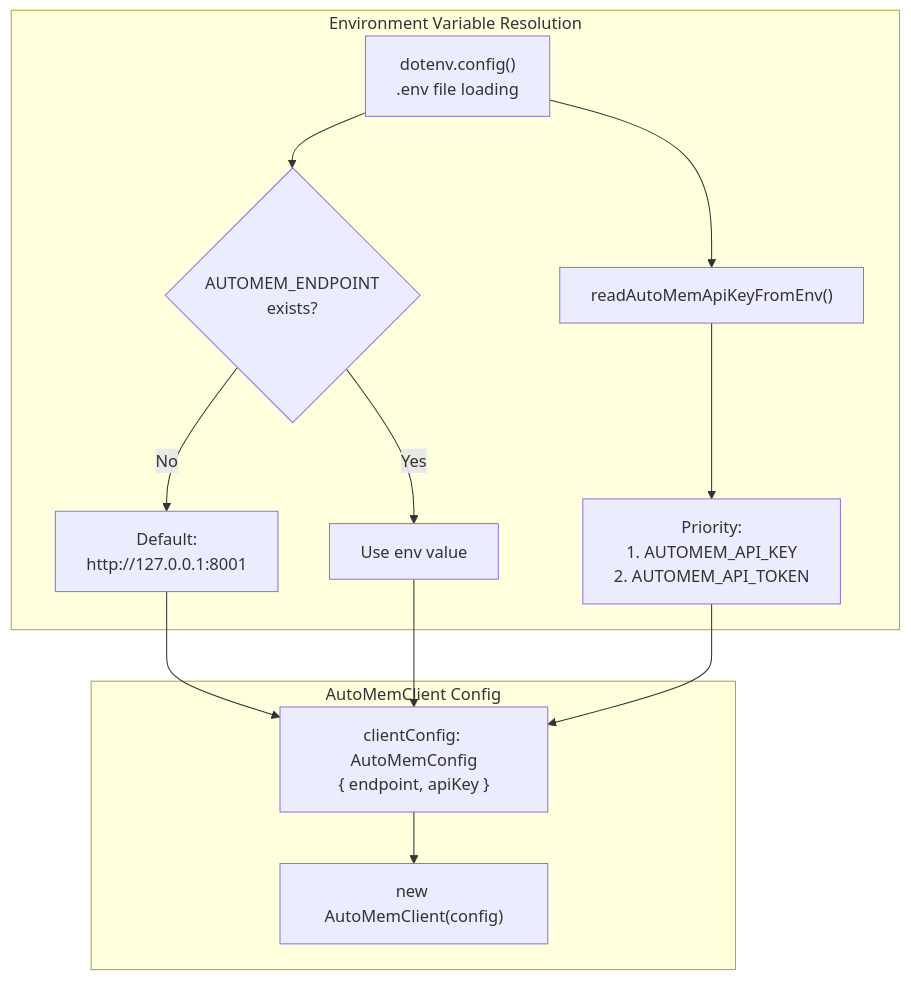
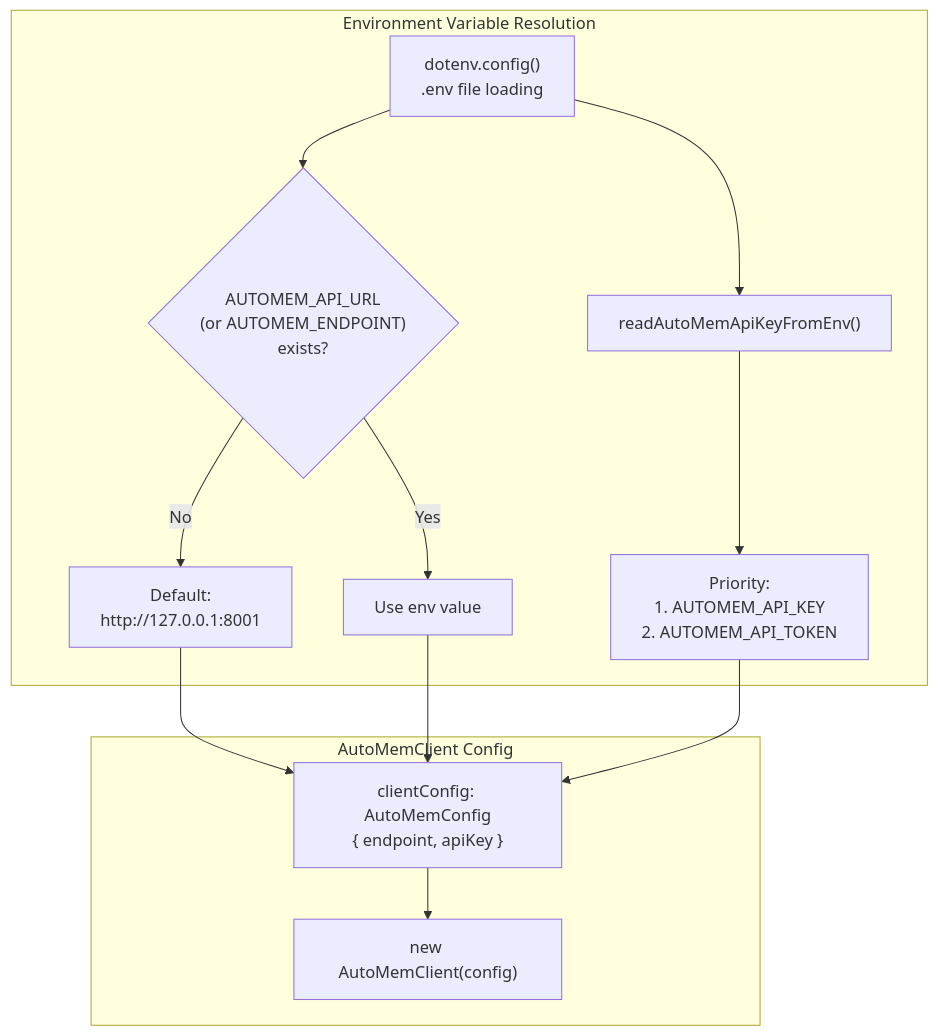
One commit to verygoodplugins/automem-website changed the third of 5 diagrams in src/content/docs/docs/reference/configuration.md. Above: the diagram before and after it, drawn with Mermaid. The commit also changed other lines of this file, not shown here.

````diff
--- a/src/content/docs/docs/reference/configuration.md
+++ b/src/content/docs/docs/reference/configuration.md
@@ -346,30 +347,31 @@
 ```mermaid
 graph TB
     subgraph Env_Resolution["Environment Variable Resolution"]
         DOTENV["dotenv.config()<br/>.env file loading"]
 
-        ENDPOINT_CHECK{"AUTOMEM_ENDPOINT<br/>exists?"}
+        ENDPOINT_CHECK{"AUTOMEM_API_URL<br/>(or AUTOMEM_ENDPOINT)<br/>exists?"}
         ENDPOINT_DEFAULT["Default:<br/>http://127.0.0.1:8001"]
         ENDPOINT_VALUE["Use env value"]
 
         API_KEY_FUNC["readAutoMemApiKeyFromEnv()"]
         KEY_PRIORITY["Priority:<br/>1. AUTOMEM_API_KEY<br/>2. AUTOMEM_API_TOKEN"]
     end
 
     subgraph Client_Config["AutoMemClient Config"]
         CONFIG_OBJ["clientConfig: AutoMemConfig<br/>{ endpoint, apiKey }"]
         CLIENT_INSTANCE["new AutoMemClient(config)"]
     end
 
     DOTENV --> ENDPOINT_CHECK
     ENDPOINT_CHECK -->|"No"| ENDPOINT_DEFAULT
     ENDPOINT_CHECK -->|"Yes"| ENDPOINT_VALUE
     ENDPOINT_DEFAULT --> CONFIG_OBJ
     ENDPOINT_VALUE --> CONFIG_OBJ
 
     DOTENV --> API_KEY_FUNC
     API_KEY_FUNC --> KEY_PRIORITY
     KEY_PRIORITY --> CONFIG_OBJ
 
+
     CONFIG_OBJ --> CLIENT_INSTANCE
 ```
````
